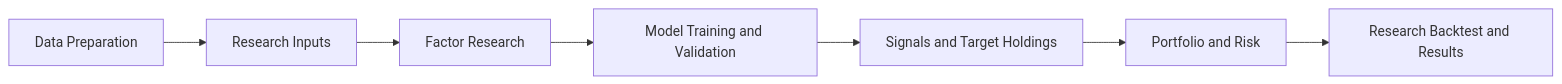
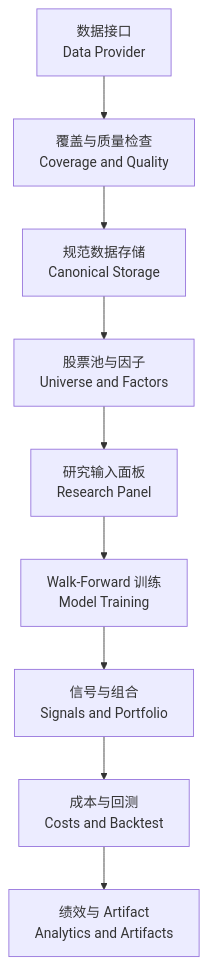
The diagram in README.md (123-luk/Quantitative-Research-Workbench), drawn with Mermaid before and after one commit. The commit also changed other lines of this file and 10 other files, not shown here.

````diff
--- a/README.md
+++ b/README.md
@@ -52,9 +69,11 @@
 ```mermaid
-flowchart LR
-    A[Data Preparation] --> B[Research Inputs]
-    B --> C[Factor Research]
-    C --> D[Model Training and Validation]
-    D --> E[Signals and Target Holdings]
-    E --> F[Portfolio and Risk]
-    F --> G[Research Backtest and Results]
+flowchart TD
+    A[数据接口<br/>Data Provider] --> B[覆盖与质量检查<br/>Coverage and Quality]
+    B --> C[规范数据存储<br/>Canonical Storage]
+    C --> D[股票池与因子<br/>Universe and Factors]
+    D --> E[研究输入面板<br/>Research Panel]
+    E --> F[Walk-Forward 训练<br/>Model Training]
+    F --> G[信号与组合<br/>Signals and Portfolio]
+    G --> H[成本与回测<br/>Costs and Backtest]
+    H --> I[绩效与 Artifact<br/>Analytics and Artifacts]
 ```
````
